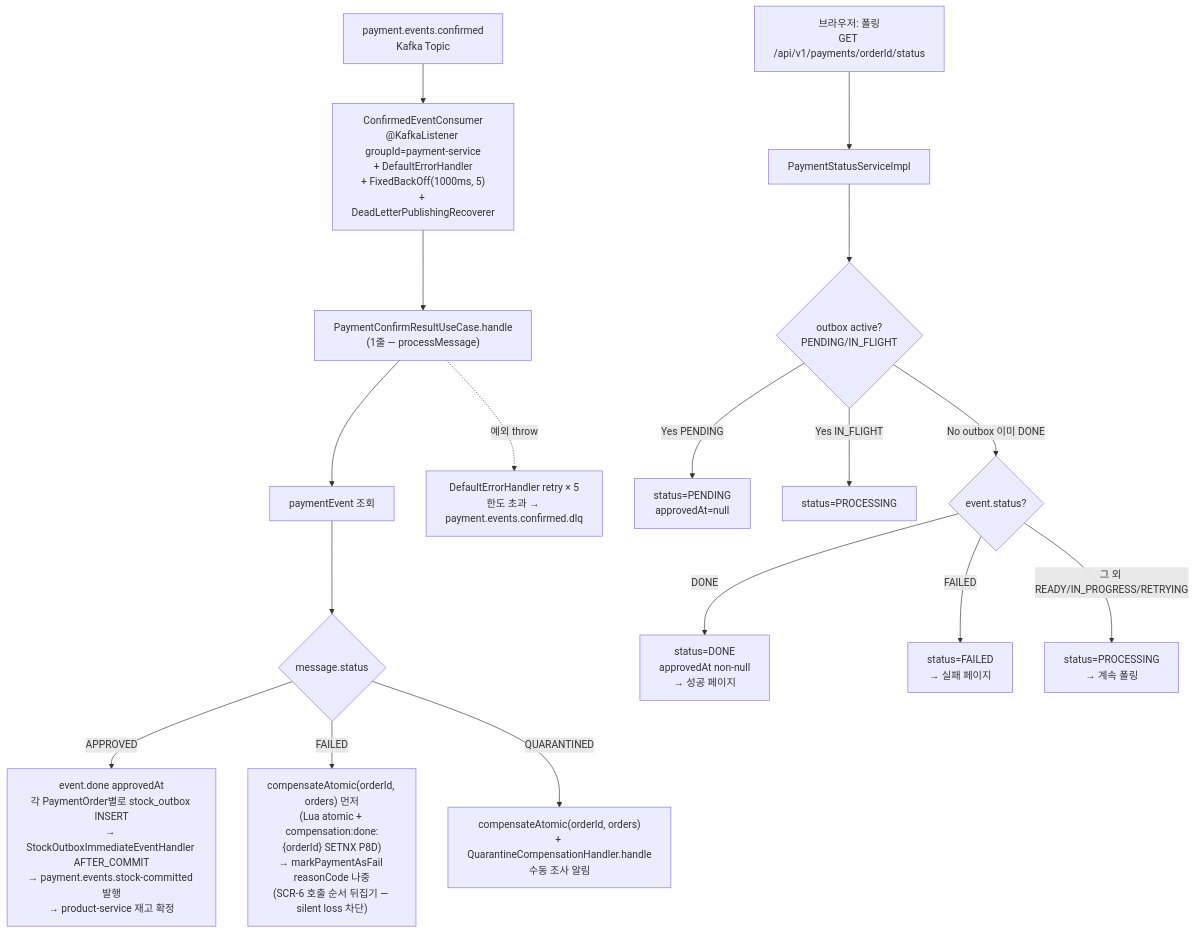
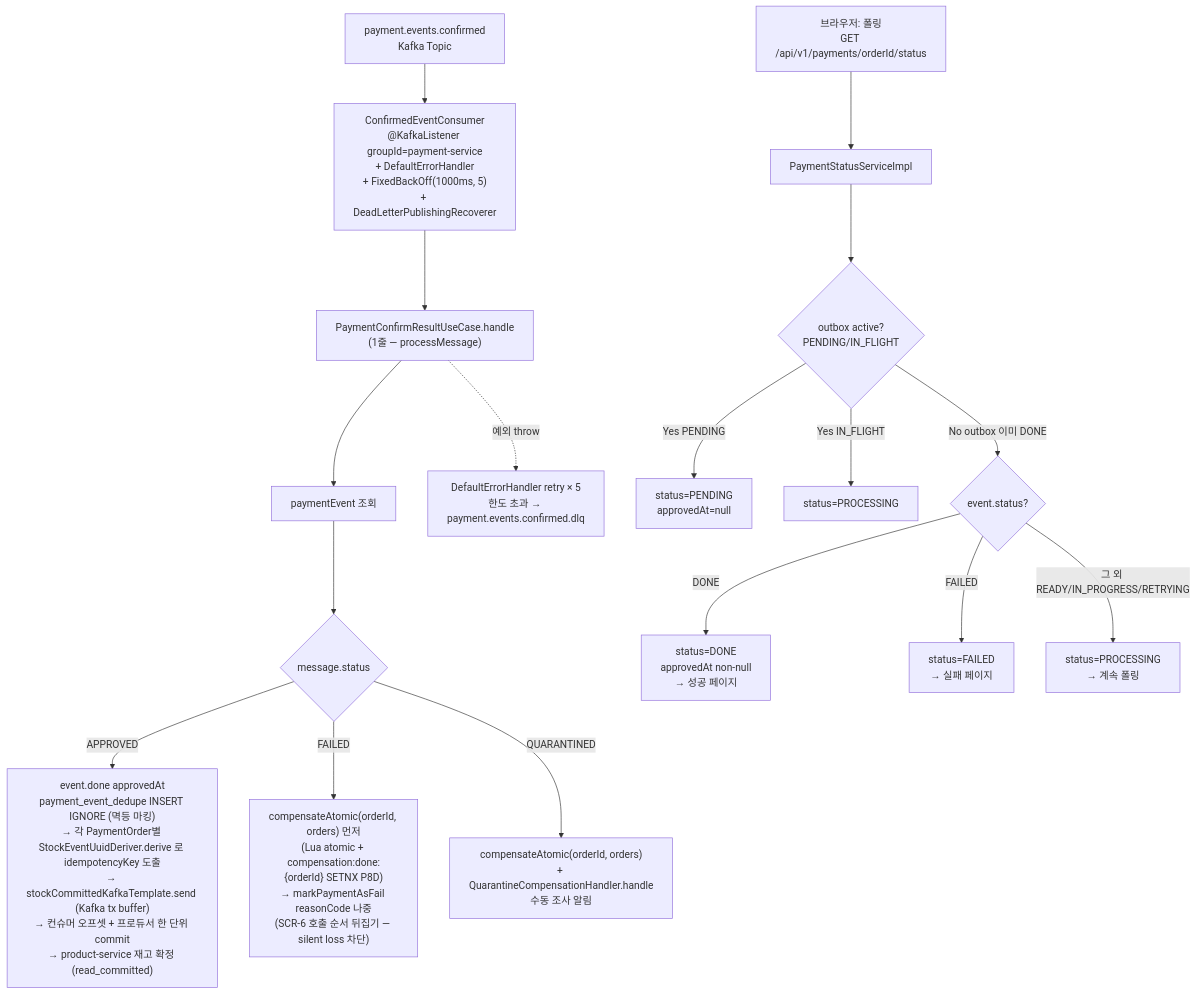
The fifth of 10 diagrams in docs/context/PAYMENT-FLOW.md (hyoguoo/payment-platform), drawn with Mermaid before and after one commit. The commit also changed other lines of this file and 8 other files, not shown here.

````diff
--- a/docs/context/PAYMENT-FLOW.md
+++ b/docs/context/PAYMENT-FLOW.md
@@ -134,20 +134,20 @@
 ```mermaid
 flowchart TD
     AA["payment.events.confirmed<br/>Kafka Topic"] --> AB["ConfirmedEventConsumer<br/>@KafkaListener groupId=payment-service<br/>+ DefaultErrorHandler<br/>+ FixedBackOff(1000ms, 5)<br/>+ DeadLetterPublishingRecoverer"]
     AB --> AC["PaymentConfirmResultUseCase.handle<br/>(1줄 — processMessage)"]
     AC --> AC2["paymentEvent 조회"]
     AC2 --> AD{"message.status"}
-    AD -->|APPROVED| AE1["event.done approvedAt<br/>각 PaymentOrder별로 stock_outbox INSERT<br/>→ StockOutboxImmediateEventHandler AFTER_COMMIT<br/>→ payment.events.stock-committed 발행<br/>→ product-service 재고 확정"]
+    AD -->|APPROVED| AE1["event.done approvedAt<br/>payment_event_dedupe INSERT IGNORE (멱등 마킹)<br/>→ 각 PaymentOrder별 StockEventUuidDeriver.derive 로 idempotencyKey 도출<br/>→ stockCommittedKafkaTemplate.send (Kafka tx buffer)<br/>→ 컨슈머 오프셋 + 프로듀서 한 단위 commit<br/>→ product-service 재고 확정 (read_committed)"]
     AD -->|FAILED| AE2["compensateAtomic(orderId, orders) 먼저<br/>(Lua atomic + compensation:done:{orderId} SETNX P8D)<br/>→ markPaymentAsFail reasonCode 나중<br/>(SCR-6 호출 순서 뒤집기 — silent loss 차단)"]
     AD -->|QUARANTINED| AE3["compensateAtomic(orderId, orders)<br/>+ QuarantineCompensationHandler.handle<br/>수동 조사 알림"]
     AC -.예외 throw.-> AERR["DefaultErrorHandler retry × 5<br/>한도 초과 → payment.events.confirmed.dlq"]
 
     AF["브라우저: 폴링<br/>GET /api/v1/payments/orderId/status"] --> AG["PaymentStatusServiceImpl"]
     AG --> AG1{"outbox active?<br/>PENDING/IN_FLIGHT"}
     AG1 -->|Yes PENDING| AG1a["status=PENDING<br/>approvedAt=null"]
     AG1 -->|Yes IN_FLIGHT| AG1b["status=PROCESSING"]
     AG1 -->|No outbox 이미 DONE| AG2{"event.status?"}
     AG2 -->|DONE| AH1["status=DONE<br/>approvedAt non-null<br/>→ 성공 페이지"]
     AG2 -->|FAILED| AH2["status=FAILED<br/>→ 실패 페이지"]
     AG2 -->|"그 외 READY/IN_PROGRESS/RETRYING"| AH3["status=PROCESSING<br/>→ 계속 폴링"]
 ```
````
